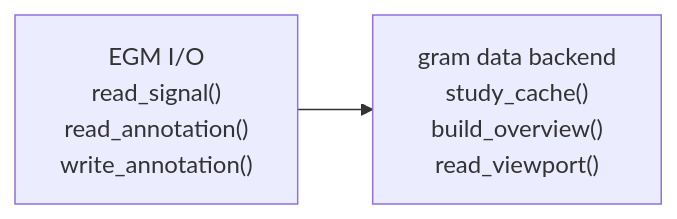
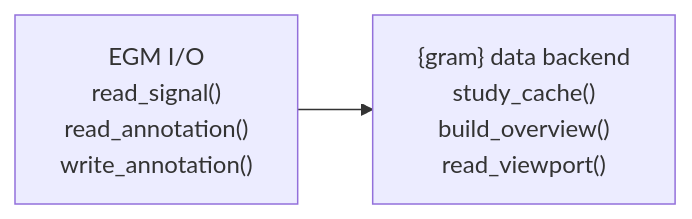
Before and after one commit to shah-in-boots/ggm: the second of 5 diagrams in vignettes/design.qmd, drawn with Mermaid. The commit also changed other lines of this file and 11 other files, not shown here.

````diff
--- a/vignettes/design.qmd
+++ b/vignettes/design.qmd
@@ -86,8 +86,8 @@
 ```{mermaid}
 %%| label: data-backend-map
 flowchart LR
     EGMIO["EGM I/O<br/>read_signal()<br/>read_annotation()<br/>write_annotation()"]:::implemented
-    GramBackend["gram data backend<br/>study_cache()<br/>build_overview()<br/>read_viewport()"]:::planned
+    GramBackend["{gram} data backend<br/>study_cache()<br/>build_overview()<br/>read_viewport()"]:::implemented
 
     EGMIO --> GramBackend
 ```
````
